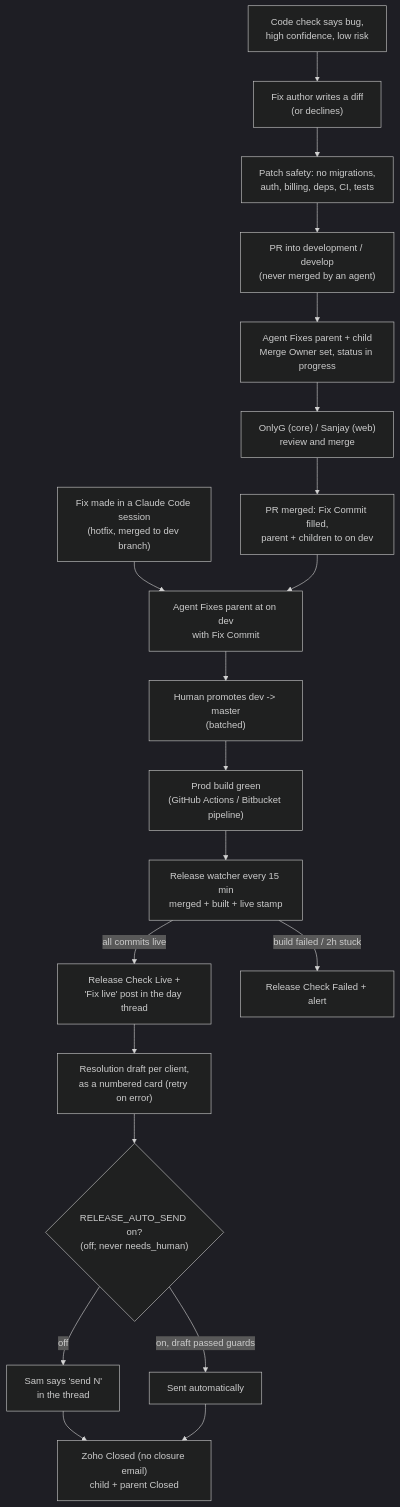
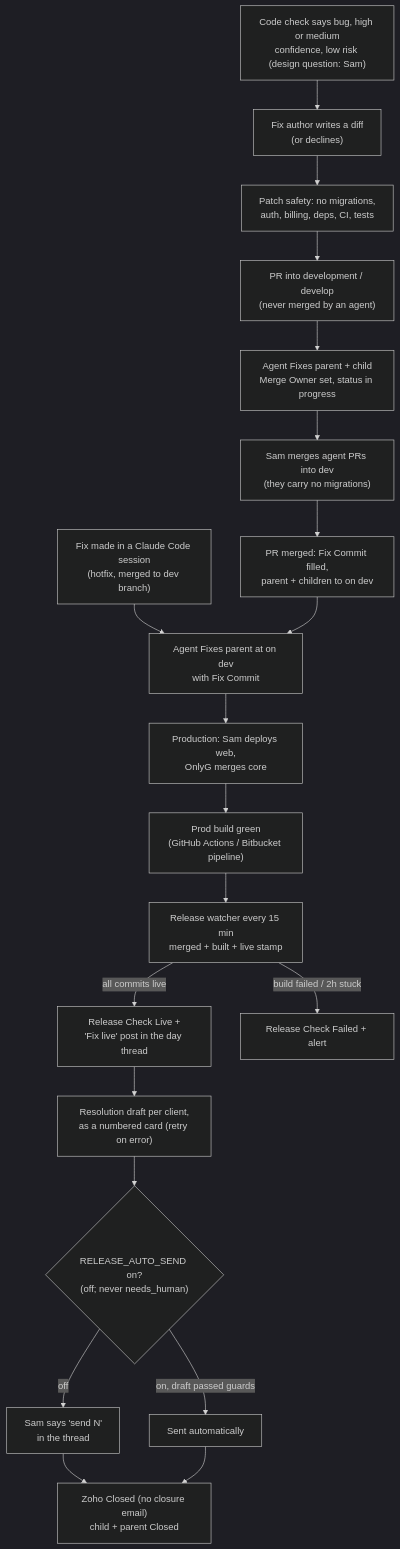
Before and after one commit to vomeadmin/vome-os: the second of 7 diagrams in WORKFLOWS.md, drawn with Mermaid (dark theme). The commit also changed other lines of this file, not shown here.

Commit message:
Workflow map: batches deployed, fix gate and merge owners as of Oct 18

````diff
--- a/WORKFLOWS.md
+++ b/WORKFLOWS.md
@@ -54,21 +54,21 @@
 ```mermaid
 flowchart TD
-  CC["Code check says bug,<br/>high confidence, low risk"]:::built --> FA["Fix author writes a diff<br/>(or declines)"]:::built
+  CC["Code check says bug, high or medium<br/>confidence, low risk (design question: Sam)"]:::deployed --> FA["Fix author writes a diff<br/>(or declines)"]:::deployed
   FA --> PS["Patch safety: no migrations,<br/>auth, billing, deps, CI, tests"]:::live
   PS --> PR["PR into development / develop<br/>(never merged by an agent)"]:::built
   PR --> AF["Agent Fixes parent + child<br/>Merge Owner set, status in progress"]:::built
-  AF --> MG["OnlyG (core) / Sanjay (web)<br/>review and merge"]:::live
+  AF --> MG["Sam merges agent PRs into dev<br/>(they carry no migrations)"]:::live
   MG --> PM["PR merged: Fix Commit filled,<br/>parent + children to on dev"]:::built
   HM["Fix made in a Claude Code session<br/>(hotfix, merged to dev branch)"]:::live --> OD
   PM --> OD["Agent Fixes parent at on dev<br/>with Fix Commit"]:::live
-  OD --> PROMO["Human promotes dev -> master<br/>(batched)"]:::live
+  OD --> PROMO["Production: Sam deploys web,<br/>OnlyG merges core"]:::live
   PROMO --> BUILD["Prod build green<br/>(GitHub Actions / Bitbucket pipeline)"]:::live
   BUILD --> W["Release watcher every 15 min<br/>merged + built + live stamp"]:::live
   W -->|all commits live| LIVE["Release Check Live +<br/>'Fix live' post in the day thread"]:::live
   W -->|build failed / 2h stuck| FAIL["Release Check Failed + alert"]:::deployed
   LIVE --> RD["Resolution draft per client,<br/>as a numbered card (retry on error)"]:::broken
   RD --> AUTO{"RELEASE_AUTO_SEND on?<br/>(off; never needs_human)"}:::decide
   AUTO -->|off| SEND["Sam says 'send N'<br/>in the thread"]:::deployed
   AUTO -->|on, draft passed guards| AS["Sent automatically"]:::decide
   SEND & AS --> CLOSE["Zoho Closed (no closure email)<br/>child + parent Closed"]:::built
 ```
````
